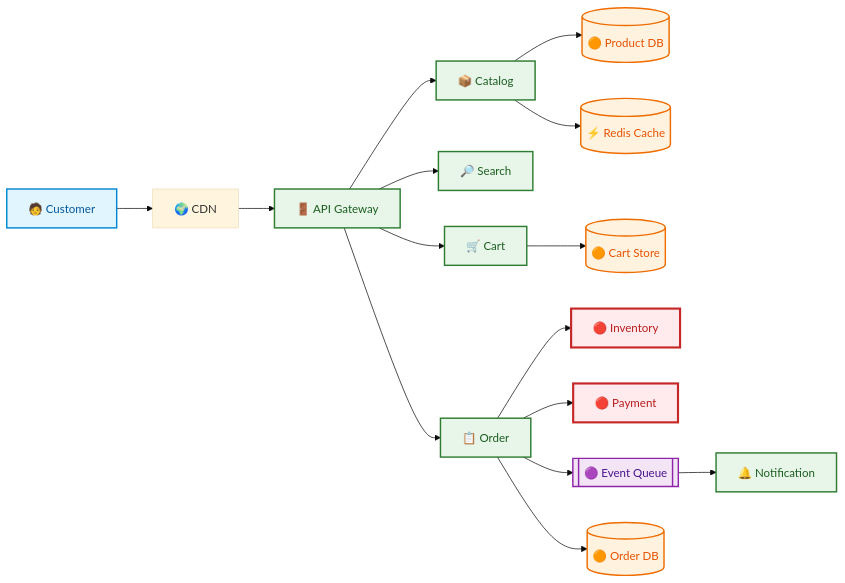
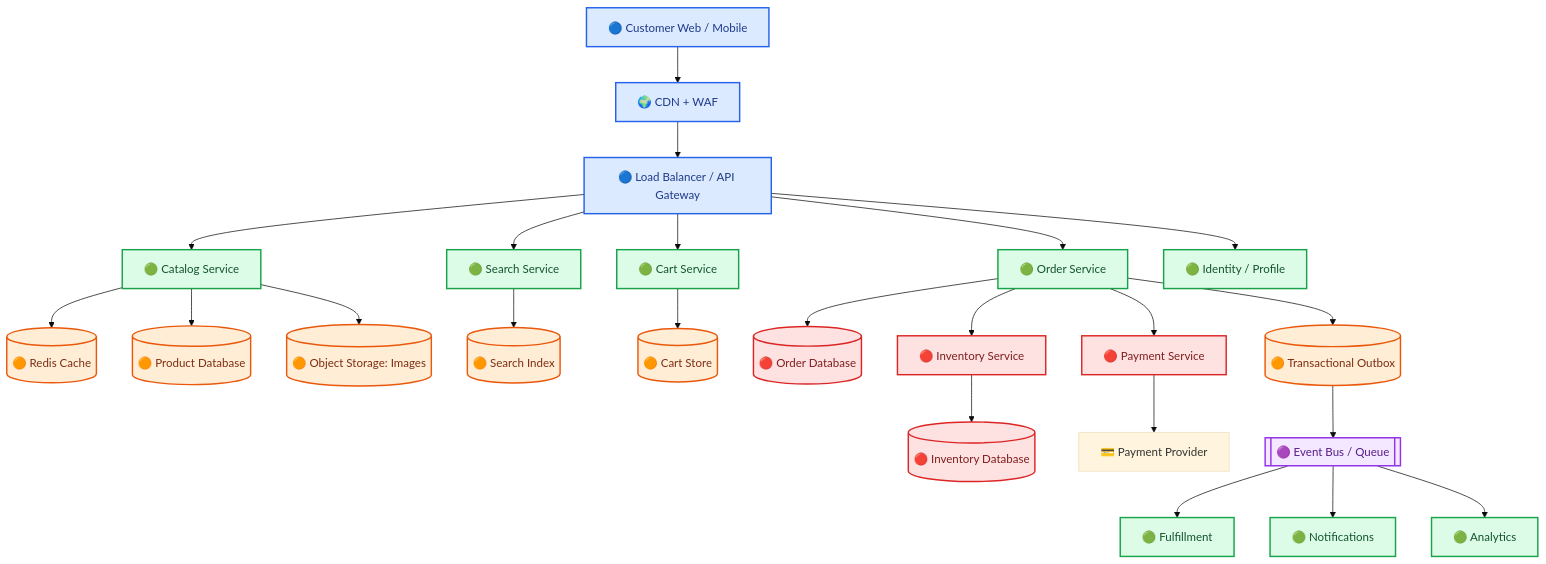
One commit to azam123/Engineering-Interview-Prep changed the first of 9 diagrams in System-Design/01-E-Commerce-Amazon/solution.md. Above: the diagram before and after it, drawn with Mermaid (base theme). The commit also changed other lines of this file, not shown here.

````diff
--- a/System-Design/01-E-Commerce-Amazon/solution.md
+++ b/System-Design/01-E-Commerce-Amazon/solution.md
@@ -54,28 +128,35 @@
-```mermaid
-flowchart LR
-    U[🧑 Customer] --> CDN[🌍 CDN]
-    CDN --> GW[🚪 API Gateway]
-    GW --> C[📦 Catalog]
-    GW --> S[🔎 Search]
-    GW --> Cart[🛒 Cart]
-    GW --> O[📋 Order]
-    O --> I[🔴 Inventory]
-    O --> P[🔴 Payment]
-    O --> Q[[🟣 Event Queue]]
-    Q --> N[🔔 Notification]
-    C --> DB[(🟠 Product DB)]
-    Cart --> R[(🟠 Cart Store)]
-    O --> OD[(🟠 Order DB)]
-    C --> Cache[(⚡ Redis Cache)]
-
-    classDef client fill:#E1F5FE,stroke:#0288D1,color:#01579B,stroke-width:2px;
-    classDef service fill:#E8F5E9,stroke:#2E7D32,color:#1B5E20,stroke-width:2px;
-    classDef critical fill:#FFEBEE,stroke:#C62828,color:#B71C1C,stroke-width:3px;
-    classDef data fill:#FFF3E0,stroke:#EF6C00,color:#E65100,stroke-width:2px;
-    classDef async fill:#F3E5F5,stroke:#8E24AA,color:#4A148C,stroke-width:2px;
-    class U client;
-    class GW,C,S,Cart,O,N service;
-    class I,P critical;
-    class DB,R,OD,Cache data;
-    class Q async;
-```
+~~~mermaid
+flowchart TB
+    U["🔵 Customer Web / Mobile"] --> EDGE["🌍 CDN + WAF"]
+    EDGE --> GW["🔵 Load Balancer / API Gateway"]
+    GW --> CAT["🟢 Catalog Service"]
+    GW --> SEARCH["🟢 Search Service"]
+    GW --> CART["🟢 Cart Service"]
+    GW --> ORDER["🟢 Order Service"]
+    GW --> ACCOUNT["🟢 Identity / Profile"]
+    CAT --> REDIS[("🟠 Redis Cache")]
+    CAT --> PDB[("🟠 Product Database")]
+    SEARCH --> IDX[("🟠 Search Index")]
+    CART --> CDB[("🟠 Cart Store")]
+    ORDER --> ODB[("🔴 Order Database")]
+    ORDER --> INV["🔴 Inventory Service"]
+    ORDER --> PAY["🔴 Payment Service"]
+    INV --> IDB[("🔴 Inventory Database")]
+    PAY --> PSP["💳 Payment Provider"]
+    ORDER --> OUTBOX[("🟠 Transactional Outbox")]
+    OUTBOX --> BUS[["🟣 Event Bus / Queue"]]
+    BUS --> FUL["🟢 Fulfillment"]
+    BUS --> NOTIFY["🟢 Notifications"]
+    BUS --> ANALYTICS["🟢 Analytics"]
+    CAT --> OBJ[("🟠 Object Storage: Images")]
+    classDef edge fill:#dbeafe,stroke:#2563eb,color:#1e3a8a,stroke-width:2px;
+    classDef svc fill:#dcfce7,stroke:#16a34a,color:#14532d,stroke-width:2px;
+    classDef data fill:#ffedd5,stroke:#ea580c,color:#7c2d12,stroke-width:2px;
+    classDef critical fill:#fee2e2,stroke:#dc2626,color:#7f1d1d,stroke-width:2px;
+    classDef async fill:#f3e8ff,stroke:#9333ea,color:#581c87,stroke-width:2px;
+    class U,EDGE,GW edge;
+    class CAT,SEARCH,CART,ORDER,ACCOUNT,INV,PAY,FUL,NOTIFY,ANALYTICS svc;
+    class REDIS,PDB,IDX,CDB,ODB,IDB,OUTBOX,OBJ data;
+    class INV,PAY,ODB,IDB critical;
+    class BUS async;
+~~~
````
